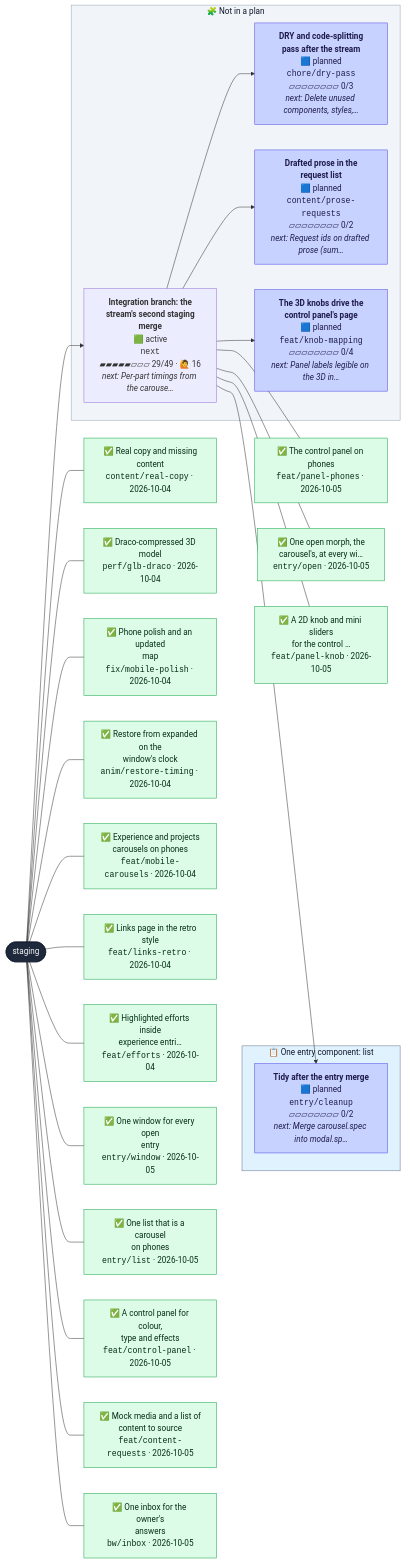
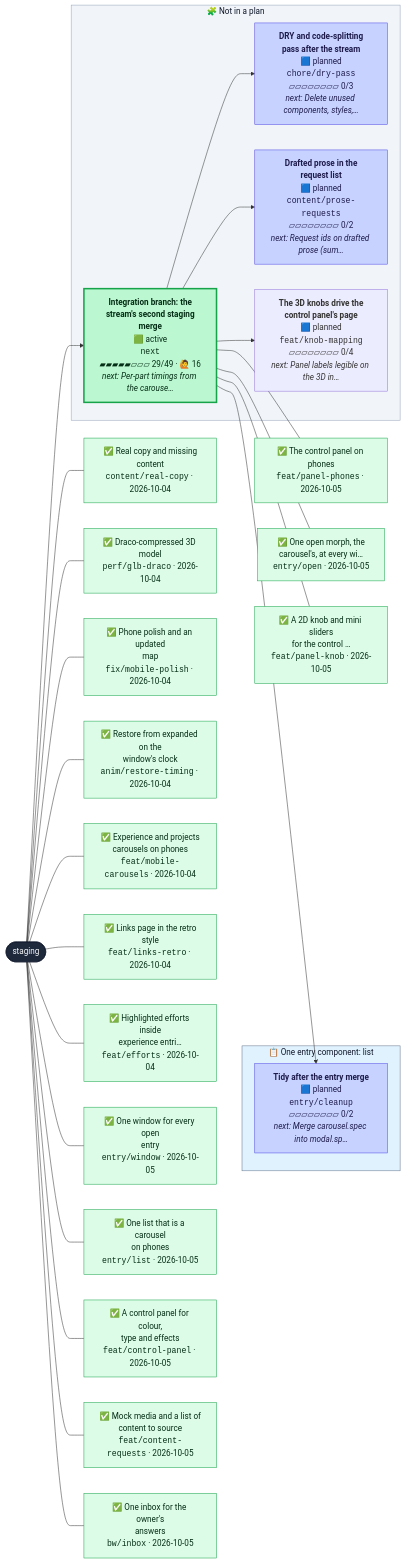
Before and after one commit to henryjonescodes/portfolio: the second of 2 diagrams in CONTRIBUTING.md, drawn with Mermaid. The commit also changed other lines of this file and 1 other file, not shown here.

````diff
--- a/CONTRIBUTING.md
+++ b/CONTRIBUTING.md
@@ -66,80 +66,80 @@
 ```mermaid
 flowchart LR
   n_staging([staging])
   class n_staging trunk
   subgraph plan_0["📋 One entry component: list"]
     n_entry_cleanup["<b>Tidy after the entry merge</b><br/>🟦 planned<br/><code>entry/cleanup</code><br/>▱▱▱▱▱▱▱▱ 0/2<br/><i>next: Merge carousel.spec into modal.sp…</i>"]
     class n_entry_cleanup planned
   end
   style plan_0 fill:#e0f2fe,stroke:#64748b,color:#0f172a
   subgraph loose["🧩 Not in a plan"]
     n_chore_dry_pass["<b>DRY and code-splitting<br/>pass after the stream</b><br/>🟦 planned<br/><code>chore/dry-pass</code><br/>▱▱▱▱▱▱▱▱ 0/3<br/><i>next: Delete unused components, styles,…</i>"]
     class n_chore_dry_pass planned
     n_content_prose_requests["<b>Drafted prose in the<br/>request list</b><br/>🟦 planned<br/><code>content/prose-requests</code><br/>▱▱▱▱▱▱▱▱ 0/2<br/><i>next: Request ids on drafted prose (sum…</i>"]
     class n_content_prose_requests planned
     n_feat_knob_mapping["<b>The 3D knobs drive the<br/>control panel's page</b><br/>🟦 planned<br/><code>feat/knob-mapping</code><br/>▱▱▱▱▱▱▱▱ 0/4<br/><i>next: Panel labels legible on the 3D in…</i>"]
-    class n_feat_knob_mapping planned
+    class n_feat_knob_mapping planned,current
     n_next["<b>Integration branch: the<br/>stream's second staging<br/>merge</b><br/>🟩 active<br/><code>next</code><br/>▰▰▰▰▰▱▱▱ 29/49 · 🙋 16<br/><i>next: Per-part timings from the carouse…</i>"]
-    class n_next active,current
+    class n_next active
   end
   style loose fill:#f1f5f9,stroke:#94a3b8,color:#0f172a
   n_next --> n_chore_dry_pass
   n_next --> n_content_prose_requests
   n_next --> n_entry_cleanup
   n_next --> n_feat_knob_mapping
   n_staging --> n_next
   landed_0["✅ Real copy and missing<br/>content<br/><code>content/real-copy</code> · 2026-10-04"]
   class landed_0 merged
   n_staging --- landed_0
   landed_1["✅ Draco-compressed 3D model<br/><code>perf/glb-draco</code> · 2026-10-04"]
   class landed_1 merged
   n_staging --- landed_1
   landed_2["✅ Phone polish and an updated<br/>map<br/><code>fix/mobile-polish</code> · 2026-10-04"]
   class landed_2 merged
   n_staging --- landed_2
   landed_3["✅ Restore from expanded on the<br/>window's clock<br/><code>anim/restore-timing</code> · 2026-10-04"]
   class landed_3 merged
   n_staging --- landed_3
   landed_4["✅ Experience and projects<br/>carousels on phones<br/><code>feat/mobile-carousels</code> · 2026-10-04"]
   class landed_4 merged
   n_staging --- landed_4
   landed_5["✅ Links page in the retro<br/>style<br/><code>feat/links-retro</code> · 2026-10-04"]
   class landed_5 merged
   n_staging --- landed_5
   landed_6["✅ Highlighted efforts inside<br/>experience entri…<br/><code>feat/efforts</code> · 2026-10-04"]
   class landed_6 merged
   n_staging --- landed_6
   landed_7["✅ One window for every open<br/>entry<br/><code>entry/window</code> · 2026-10-05"]
   class landed_7 merged
   n_staging --- landed_7
   landed_8["✅ One list that is a carousel<br/>on phones<br/><code>entry/list</code> · 2026-10-05"]
   class landed_8 merged
   n_staging --- landed_8
   landed_9["✅ A control panel for colour,<br/>type and effects<br/><code>feat/control-panel</code> · 2026-10-05"]
   class landed_9 merged
   n_staging --- landed_9
   landed_10["✅ Mock media and a list of<br/>content to source<br/><code>feat/content-requests</code> · 2026-10-05"]
   class landed_10 merged
   n_staging --- landed_10
   landed_11["✅ One inbox for the owner's<br/>answers<br/><code>bw/inbox</code> · 2026-10-05"]
   class landed_11 merged
   n_staging --- landed_11
   landed_12["✅ The control panel on phones<br/><code>feat/panel-phones</code> · 2026-10-05"]
   class landed_12 merged
   n_next --- landed_12
   landed_13["✅ One open morph, the<br/>carousel's, at every wi…<br/><code>entry/open</code> · 2026-10-05"]
   class landed_13 merged
   n_next --- landed_13
   landed_14["✅ A 2D knob and mini sliders<br/>for the control …<br/><code>feat/panel-knob</code> · 2026-10-05"]
   class landed_14 merged
   n_next --- landed_14
   classDef merged fill:#dcfce7,stroke:#16a34a,color:#052e16
   classDef todo fill:#ffffff,stroke:#94a3b8,stroke-dasharray:2 2,color:#334155
   classDef planned fill:#c7d2fe,stroke:#4f46e5,color:#1e1b4b
   classDef sketched fill:#f8fafc,stroke:#64748b,stroke-dasharray:4 3,color:#334155
   classDef active fill:#bbf7d0,stroke:#16a34a,stroke-width:3px,color:#052e16
   classDef review fill:#fde68a,stroke:#d97706,stroke-width:3px,color:#451a03
   classDef blocked fill:#fecaca,stroke:#dc2626,stroke-width:3px,color:#450a0a
   classDef trunk fill:#1e293b,stroke:#0f172a,color:#f8fafc
   classDef current stroke:#0ea5e9,stroke-width:5px
 ```
````
